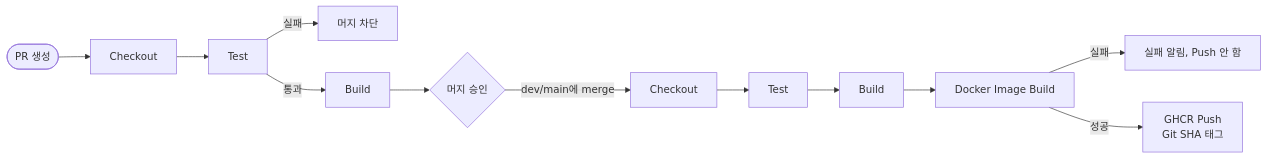
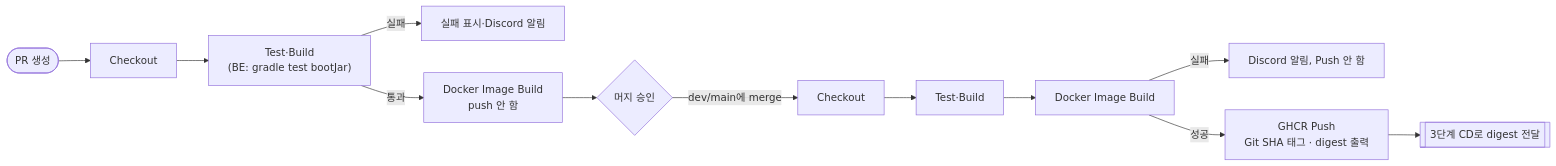
The diagram in docs/design/wiki/ktb4-cloud-wiki-ci.md (100-hours-a-week/KTB4-5th-CLOUD), drawn with Mermaid before and after one commit. The commit also changed other lines of this file and 12 other files, not shown here.

````diff
--- a/docs/design/wiki/ktb4-cloud-wiki-ci.md
+++ b/docs/design/wiki/ktb4-cloud-wiki-ci.md
@@ -79,15 +85,15 @@
   ```mermaid
   flowchart LR
       PR([PR 생성]) --> Checkout1[Checkout]
-      Checkout1 --> Test1[Test]
-      Test1 -->|실패| Block[머지 차단]
-      Test1 -->|통과| Build1[Build]
-      Build1 --> Gate{머지 승인}
+      Checkout1 --> Test1["Test·Build<br/>(BE: gradle test bootJar)"]
+      Test1 -->|실패| Block[실패 표시·Discord 알림]
+      Test1 -->|통과| Img1[Docker Image Build<br/>push 안 함]
+      Img1 --> Gate{머지 승인}
 
       Gate -->|dev/main에 merge| Checkout2[Checkout]
-      Checkout2 --> Test2[Test]
-      Test2 --> Build2[Build]
-      Build2 --> DImg[Docker Image Build]
-      DImg -->|실패| Notify1[실패 알림, Push 안 함]
-      DImg -->|성공| Push[GHCR Push<br/>Git SHA 태그]
+      Checkout2 --> Test2[Test·Build]
+      Test2 --> DImg[Docker Image Build]
+      DImg -->|실패| Notify1[Discord 알림, Push 안 함]
+      DImg -->|성공| Push[GHCR Push<br/>Git SHA 태그 · digest 출력]
+      Push --> CD[[3단계 CD로 digest 전달]]
   ```
````
